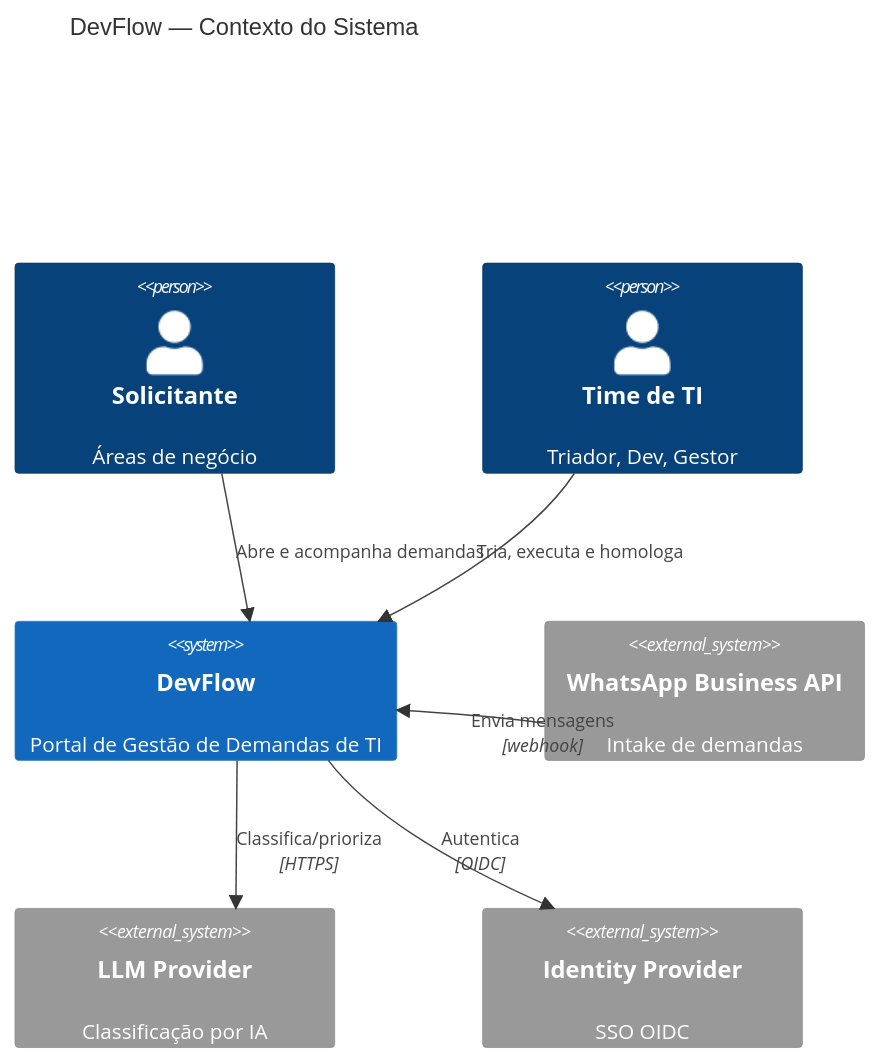
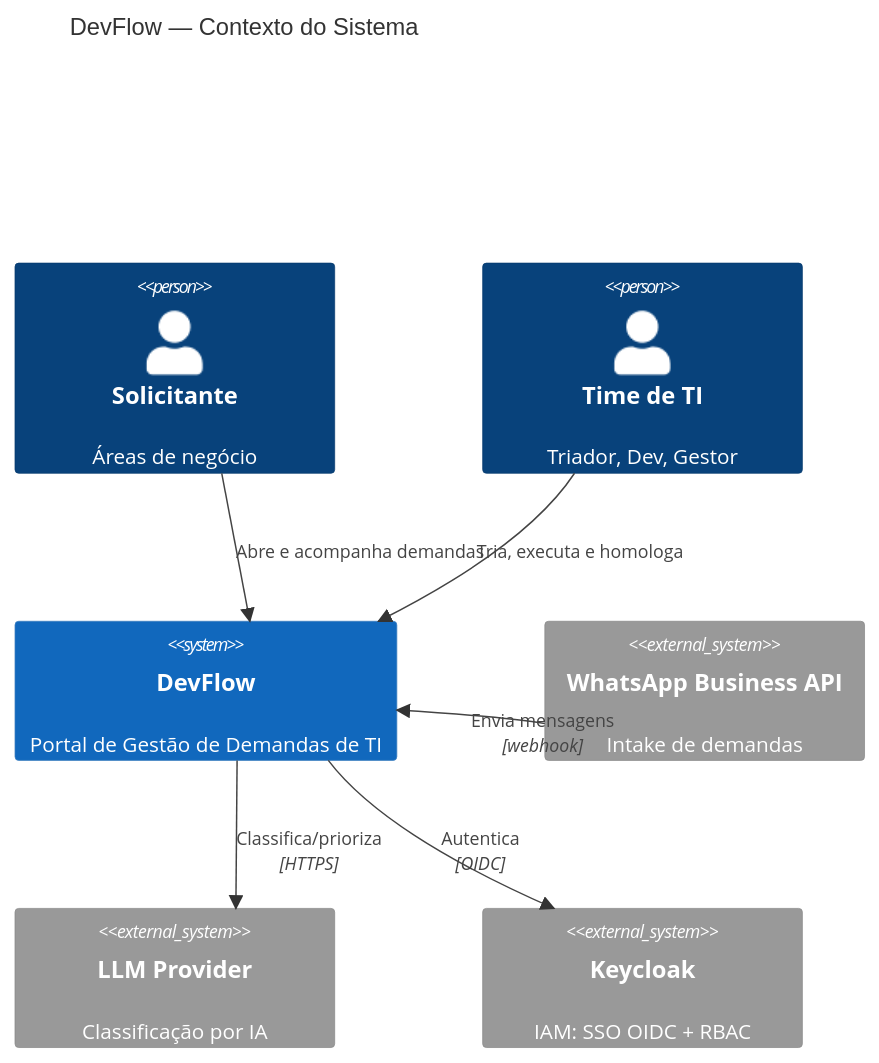
One commit to Rahgomes/case-supernova changed the diagram in README.md. Above: the diagram before and after it, drawn with Mermaid. The commit also changed other lines of this file and 10 other files, not shown here.

Commit message:
feat: adiciona Keycloak (IAM: SSO+RBAC) e Terraform (IaC, Pulumi como alternativa); ADR-005 e racional GitHub Actions vs CodePipeline

````diff
--- a/README.md
+++ b/README.md
@@ -41,15 +43,15 @@
 ```mermaid
 C4Context
     title DevFlow — Contexto do Sistema
     Person(solicitante, "Solicitante", "Áreas de negócio")
     Person(timeTI, "Time de TI", "Triador, Dev, Gestor")
     System(devflow, "DevFlow", "Portal de Gestão de Demandas de TI")
     System_Ext(whatsapp, "WhatsApp Business API", "Intake de demandas")
     System_Ext(llm, "LLM Provider", "Classificação por IA")
-    System_Ext(idp, "Identity Provider", "SSO OIDC")
+    System_Ext(idp, "Keycloak", "IAM: SSO OIDC + RBAC")
     Rel(solicitante, devflow, "Abre e acompanha demandas")
     Rel(timeTI, devflow, "Tria, executa e homologa")
     Rel(whatsapp, devflow, "Envia mensagens", "webhook")
     Rel(devflow, llm, "Classifica/prioriza", "HTTPS")
     Rel(devflow, idp, "Autentica", "OIDC")
 ```
````
